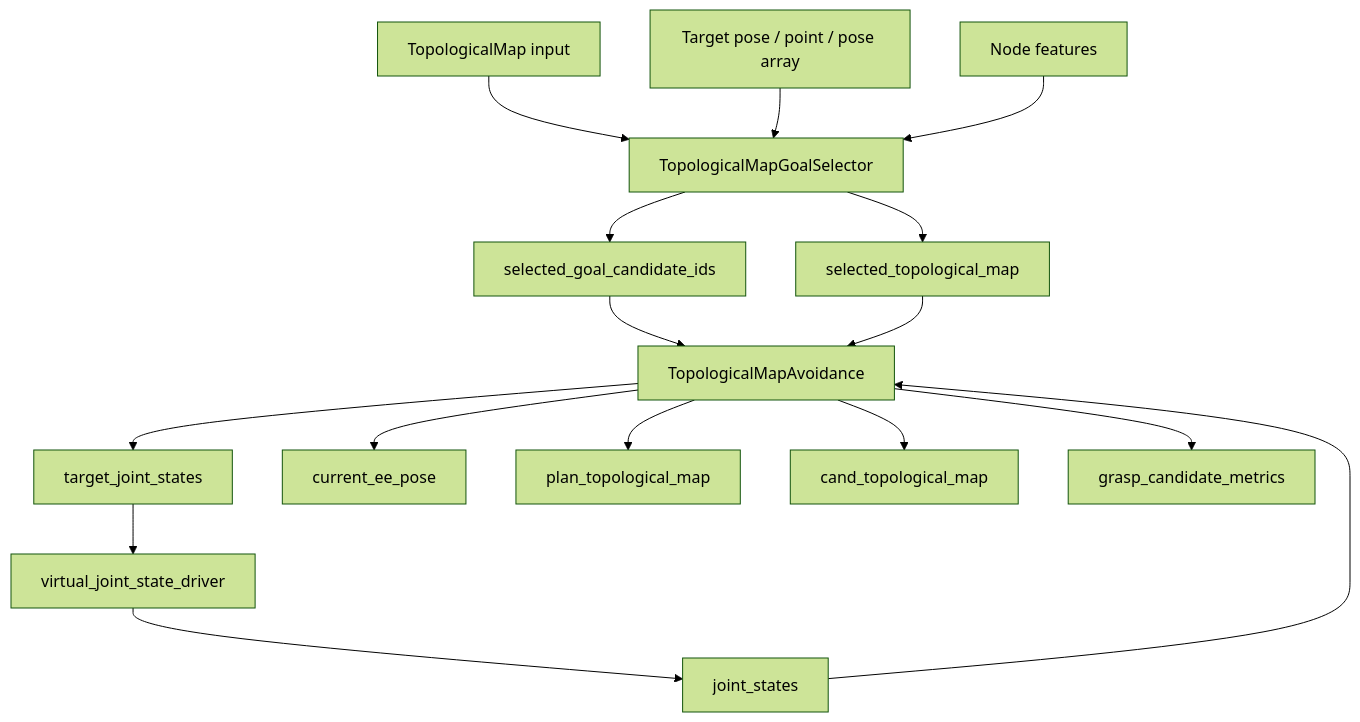
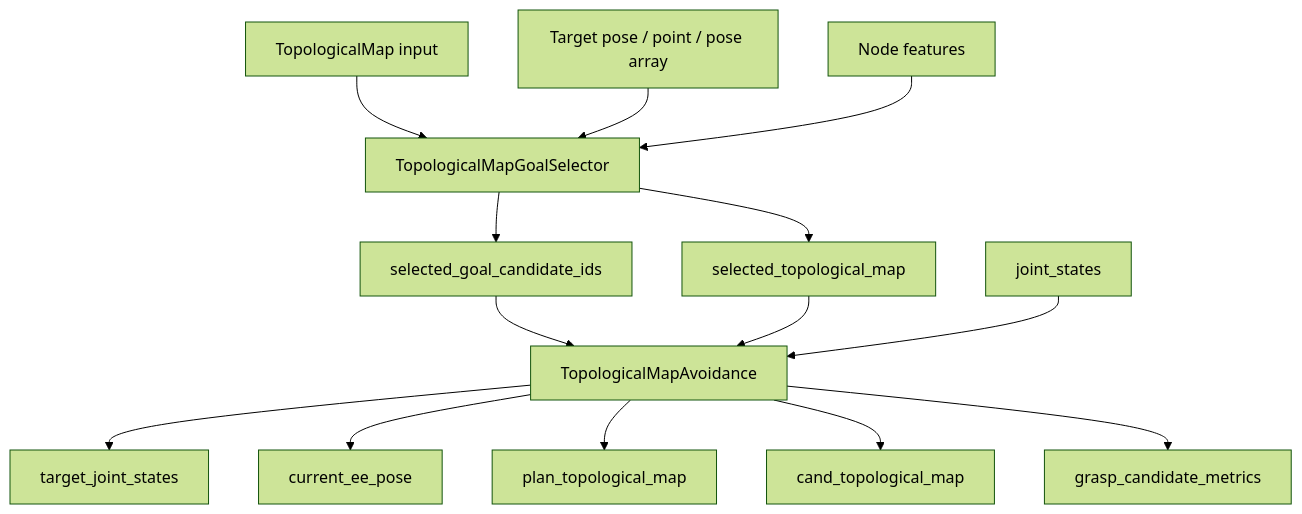
The second of 10 diagrams in gng_vlut_system/docs/TECHNICAL_SPEC.md (uraki-UH/arm_avoidance), drawn with Mermaid (forest theme) before and after one commit. The commit also changed other lines of this file and 15 other files, not shown here.

````diff
--- a/gng_vlut_system/docs/TECHNICAL_SPEC.md
+++ b/gng_vlut_system/docs/TECHNICAL_SPEC.md
@@ -175,19 +155,17 @@
 ```mermaid
 flowchart TD
     A[TopologicalMap input] --> B[TopologicalMapGoalSelector]
     C[Target pose / point / pose array] --> B
     D[Node features] --> B
     B --> E[selected_goal_candidate_ids]
     B --> F[selected_topological_map]
 
     E --> H[TopologicalMapAvoidance]
     F --> H
     I[joint_states] --> H
     H --> J[target_joint_states]
     H --> K[current_ee_pose]
     H --> L[plan_topological_map]
     H --> M[cand_topological_map]
     H --> N[grasp_candidate_metrics]
-    J --> O[virtual_joint_state_driver]
-    O --> I
 ```
````
